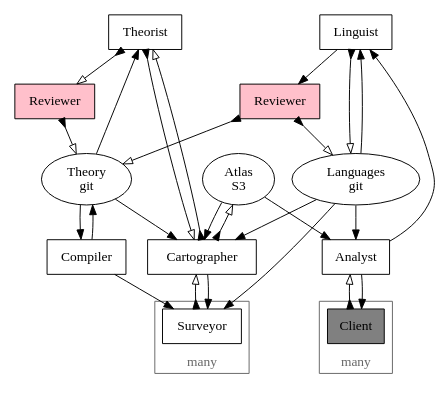
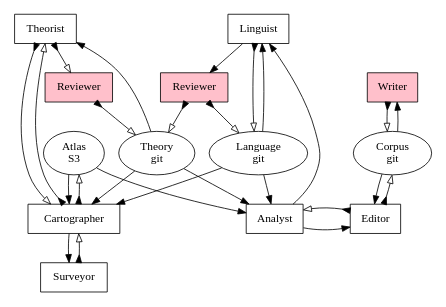
One commit to fritzo/pomagma changed the diagram in doc/architecture.dot. Above: the diagram before and after it, drawn with Graphviz. The commit also changed 1 other file, not shown here.

Commit message:
Revise architecture diagram

```diff
--- a/doc/architecture.dot
+++ b/doc/architecture.dot
@@ -1,88 +1,77 @@
 digraph G {
     overlap=false;
     size="4,4";
     node [shape=box];
 
     {
-        rank="min";
+        rank = "same";
+        node [style=filled, fillcolor=pink];
+        TheoryReviewer [label="Reviewer"];
+        LangaugeReviewer [label="Reviewer"];
+        Writer;
+    }
+    {
+        rank = "min";
         Theorist;
         Linguist;
     }
     {
-        //rank="max";
-        node [style=filled, fillcolor=pink];
-        TheoryReviewer [label="Reviewer"];
-        LanguagesReviewer [label="Reviewer"];
-    }
-    {
         node [shape=ellipse];
         rank = "same";
-        Languages [label="Languages\ngit"];
+        Language [label="Language\ngit"];
         Theory [label="Theory\ngit"];
+        Corpus [label="Corpus\ngit"];
         Atlas [label="Atlas\nS3"];
     }
     {
         rank = "same";
-        Compiler;
         Cartographer;
         Analyst;
+        Editor;
     }
-
-    subgraph cluster_survey {
+    //subgraph cluster_survey {
         Surveyor;
-
-        color = "#666666";
-        fontcolor = "#666666";
-        label = "many";
-        labelloc = "b";
-    }
-
-    subgraph cluster_client {
-        Client [style=filled, fillcolor=gray];
-
-        color = "#666666";
-        fontcolor = "#666666";
-        label = "many";
-        labelloc = "b";
-    }
-
-    // Workflow: Compile
-    edge [dir=forward arrowhead=normal]; // pull
-    Theory -> Compiler;
-    Compiler -> Surveyor;
-    Compiler -> Theory;
+    //    color = "#666666";
+    //    fontcolor = "#666666";
+    //    label = "many";
+    //    labelloc = "b";
+    //}
 
     // Workflow: Explore
     edge [dir=forward arrowhead=normal]; // pull
     Theory -> Cartographer;
     Atlas -> Cartographer;
     Theory -> Theorist;
-    Languages -> Cartographer;
-    Languages -> Surveyor;
+    Language -> Cartographer;
     Cartographer -> Surveyor;
     edge [dir=both arrowtail=inv arrowhead=empty]; // push
     Surveyor -> Cartographer;
     Cartographer -> Atlas;
     Cartographer -> Theorist;
     TheoryReviewer -> Theory;
     Theorist -> Cartographer;
     Theorist -> TheoryReviewer;
 
-    // Workflow: Analyze
+    // Workflow: Edit
     edge [dir=forward arrowhead=normal]; // pull
+    Theory -> Analyst;
     Atlas -> Analyst;
-    Languages -> Analyst;
-    Analyst -> Client;
+    Language -> Analyst;
+    Analyst -> Editor;
+    Corpus -> Editor;
+    Corpus -> Writer;
     edge [dir=both arrowtail=inv arrowhead=empty]; // push
-    Client -> Analyst;
+    Editor -> Analyst;
+    Writer -> Corpus;
+    Editor -> Corpus;
 
     // Workflow: Fit Language
     edge [dir=forward arrowhead=normal]; // pull
     Analyst -> Linguist;
-    Languages -> Linguist;
-    Linguist -> LanguagesReviewer;
+    Language -> Linguist;
+    Linguist -> LangaugeReviewer;
     edge [dir=both arrowtail=inv arrowhead=empty]; // push
-    Linguist -> Languages;
-    LanguagesReviewer -> Languages;
-    LanguagesReviewer -> Theory;
+    Linguist -> Language;
+    LangaugeReviewer -> Language;
+    LangaugeReviewer -> Theory;
 }
```
